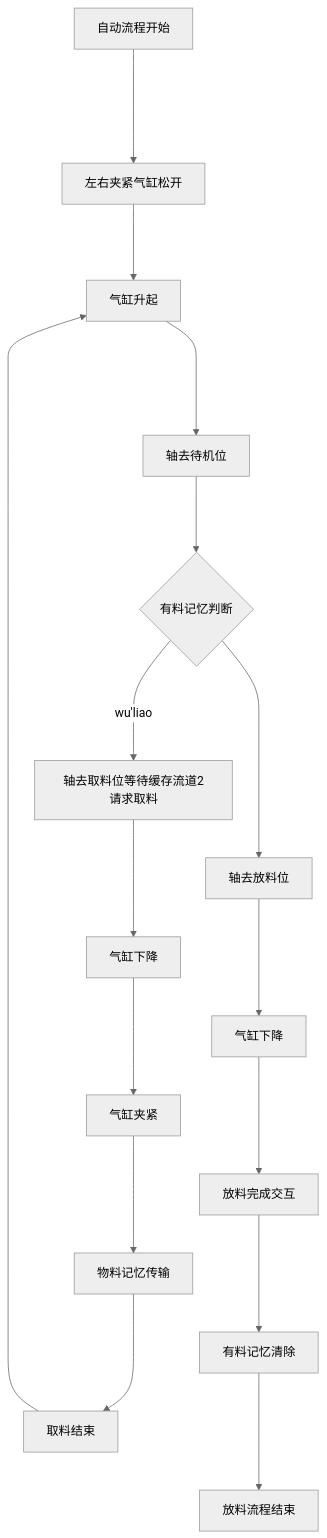
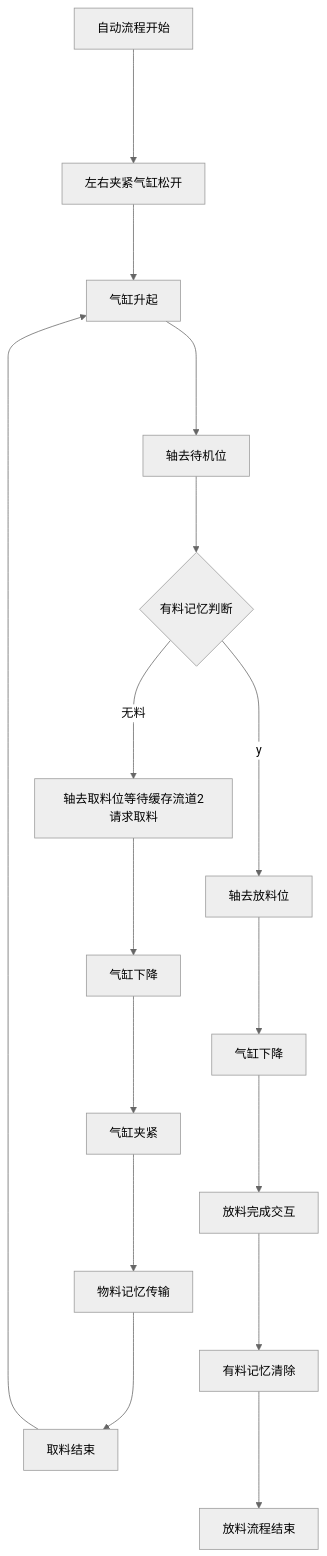
Before and after one commit to zmq000/iodraw-files: the diagram in all/OP70工位7下料搬运.md, drawn with Mermaid (neutral theme).

Commit message:
2026-06-17 18:35:57 update

````diff
--- a/all/OP70工位7下料搬运.md
+++ b/all/OP70工位7下料搬运.md
@@ -1,23 +1,23 @@
 ```mermaid
 graph TD
 自动流程开始---->10
 10[左右夹紧气缸松开]--->20
 20[气缸升起]---->30
 30[轴去待机位]--->40
-40{有料记忆判断}--->|wu'liao|100
-40---->200
+40{有料记忆判断}--->|无料|100
+40---->|y|200
 100[轴去取料位等待缓存流道2请求取料]--->110
 110[气缸下降]--->120
 120[气缸夹紧]--->130
 130[物料记忆传输]--->140
 140[取料结束]---->20
 200[轴去放料位]--->210
 210[气缸下降]--->220
 220[放料完成交互]--->230
 230[有料记忆清除]--->240
 240[放料流程结束]
 
 
 
   
 ```
````
